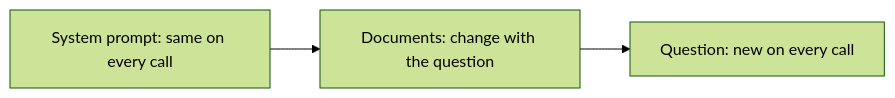
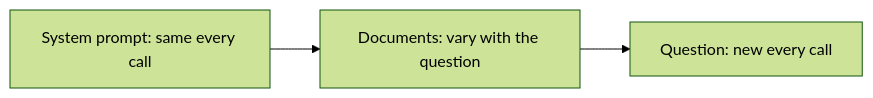
One commit to Tamoura/system-design-for-vibe-coders changed the diagram in aiapps/modules/02-prompting.md. Above: the diagram before and after it, drawn with Mermaid (forest theme). The commit also changed other lines of this file and 65 other files, not shown here.

````diff
--- a/aiapps/modules/02-prompting.md
+++ b/aiapps/modules/02-prompting.md
@@ -90,5 +90,4 @@
 ```mermaid
 flowchart LR
-    S["System prompt: same on every call"] --> D["Documents: change with the question"]
-    D --> Q["Question: new on every call"]
+    S["System prompt: same every call"] --> D["Documents: vary with the question"] --> Q["Question: new every call"]
 ```
````
